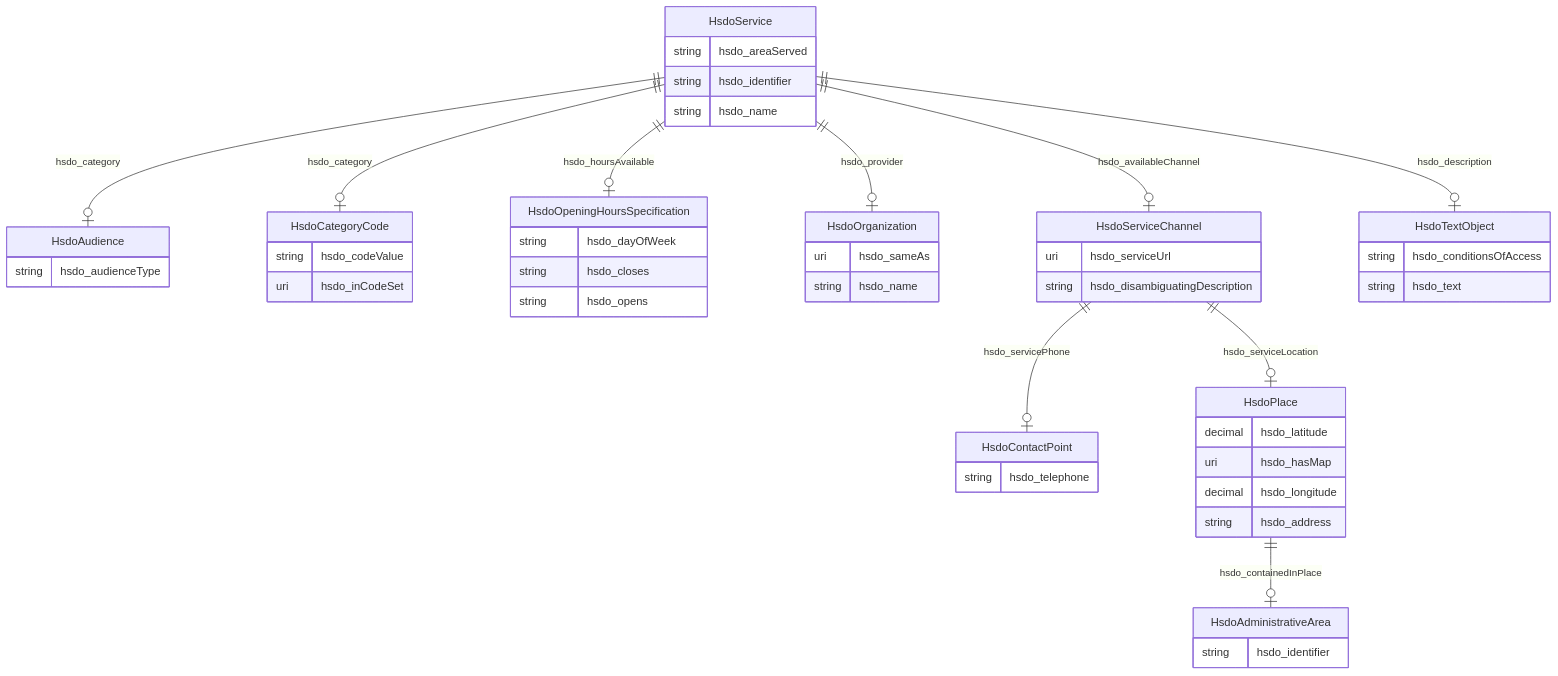
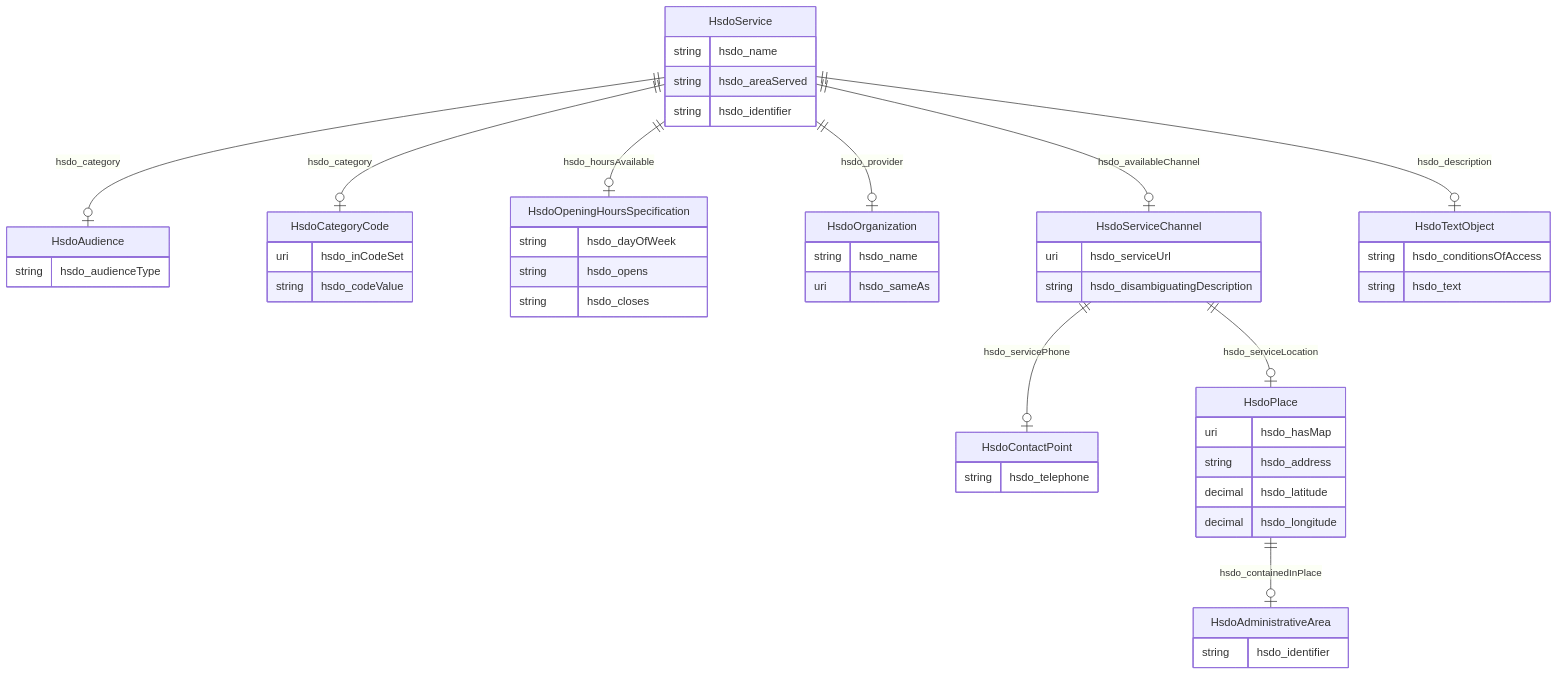
The diagram in kg-name/README.md (frink-okn/graph-descriptions), drawn with Mermaid before and after one commit. The commit also changed other lines of this file and 10 other files, not shown here.

````diff
--- a/kg-name/README.md
+++ b/kg-name/README.md
@@ -9,55 +9,55 @@
 ```mermaid
 erDiagram
 HsdoAdministrativeArea {
     string hsdo_identifier  
 }
 HsdoAudience {
     string hsdo_audienceType  
 }
 HsdoCategoryCode {
+    uri hsdo_inCodeSet  
     string hsdo_codeValue  
-    uri hsdo_inCodeSet  
 }
 HsdoContactPoint {
     string hsdo_telephone  
 }
 HsdoOpeningHoursSpecification {
     string hsdo_dayOfWeek  
+    string hsdo_opens  
     string hsdo_closes  
-    string hsdo_opens  
 }
 HsdoOrganization {
+    string hsdo_name  
     uri hsdo_sameAs  
-    string hsdo_name  
 }
 HsdoPlace {
+    uri hsdo_hasMap  
+    string hsdo_address  
     decimal hsdo_latitude  
-    uri hsdo_hasMap  
     decimal hsdo_longitude  
-    string hsdo_address  
 }
 HsdoService {
+    string hsdo_name  
     string hsdo_areaServed  
     string hsdo_identifier  
-    string hsdo_name  
 }
 HsdoServiceChannel {
     uri hsdo_serviceUrl  
     string hsdo_disambiguatingDescription  
 }
 HsdoTextObject {
     string hsdo_conditionsOfAccess  
     string hsdo_text  
 }
 
 HsdoPlace ||--|o HsdoAdministrativeArea : "hsdo_containedInPlace"
+HsdoService ||--|o HsdoOpeningHoursSpecification : "hsdo_hoursAvailable"
+HsdoService ||--|o HsdoOrganization : "hsdo_provider"
+HsdoService ||--|o HsdoCategoryCode : "hsdo_category"
+HsdoService ||--|o HsdoAudience : "hsdo_category"
 HsdoService ||--|o HsdoServiceChannel : "hsdo_availableChannel"
-HsdoService ||--|o HsdoOpeningHoursSpecification : "hsdo_hoursAvailable"
 HsdoService ||--|o HsdoTextObject : "hsdo_description"
-HsdoService ||--|o HsdoAudience : "hsdo_category"
-HsdoService ||--|o HsdoCategoryCode : "hsdo_category"
-HsdoService ||--|o HsdoOrganization : "hsdo_provider"
+HsdoServiceChannel ||--|o HsdoPlace : "hsdo_serviceLocation"
 HsdoServiceChannel ||--|o HsdoContactPoint : "hsdo_servicePhone"
-HsdoServiceChannel ||--|o HsdoPlace : "hsdo_serviceLocation"
 
 ```
````
